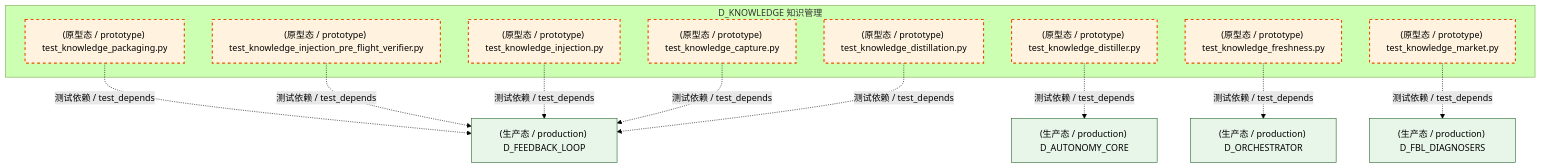
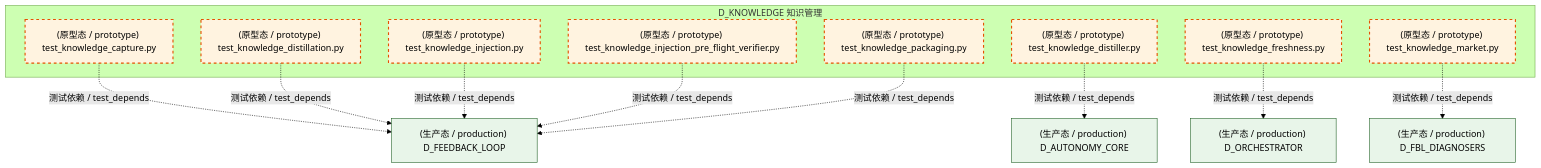
One commit to xuanFelixVan/ZephyrAlpha changed the second of 5 diagrams in docs/02_enterprise_architecture/02_domain_architecture_docs/48_d_knowledge.md. Above: the diagram before and after it, drawn with Mermaid (forest theme). The commit also changed other lines of this file and 126 other files, not shown here.

````diff
--- a/docs/02_enterprise_architecture/02_domain_architecture_docs/48_d_knowledge.md
+++ b/docs/02_enterprise_architecture/02_domain_architecture_docs/48_d_knowledge.md
@@ -176,31 +176,31 @@
 ```mermaid
 graph TD
     subgraph D_KNOWLEDGE["D_KNOWLEDGE 知识管理"]
         tests_knowledge_engine_test_knowledge_capture_py["(原型态 / prototype) test_knowledge_capture.py"]
         tests_knowledge_engine_test_knowledge_distillation_py["(原型态 / prototype) test_knowledge_distillation.py"]
         tests_knowledge_engine_test_knowledge_distiller_py["(原型态 / prototype) test_knowledge_distiller.py"]
         tests_knowledge_engine_test_knowledge_freshness_py["(原型态 / prototype) test_knowledge_freshness.py"]
         tests_knowledge_engine_test_knowledge_injection_py["(原型态 / prototype) test_knowledge_injection.py"]
         tests_knowledge_engine_test_knowledge_injection_pre_flight_verifier_py["(原型态 / prototype) test_knowledge_injection_pre_flight_verifier.py"]
         tests_knowledge_engine_test_knowledge_market_py["(原型态 / prototype) test_knowledge_market.py"]
         tests_knowledge_engine_test_knowledge_packaging_py["(原型态 / prototype) test_knowledge_packaging.py"]
     end
     D_FEEDBACK_LOOP["(生产态 / production) D_FEEDBACK_LOOP"]
+    tests_knowledge_engine_test_knowledge_capture_py -.->|测试依赖 / test_depends| D_FEEDBACK_LOOP
+    D_AUTONOMY_CORE["(生产态 / production) D_AUTONOMY_CORE"]
+    tests_knowledge_engine_test_knowledge_distiller_py -.->|测试依赖 / test_depends| D_AUTONOMY_CORE
+    tests_knowledge_engine_test_knowledge_distillation_py -.->|测试依赖 / test_depends| D_FEEDBACK_LOOP
+    D_ORCHESTRATOR["(生产态 / production) D_ORCHESTRATOR"]
+    tests_knowledge_engine_test_knowledge_freshness_py -.->|测试依赖 / test_depends| D_ORCHESTRATOR
+    tests_knowledge_engine_test_knowledge_injection_py -.->|测试依赖 / test_depends| D_FEEDBACK_LOOP
+    tests_knowledge_engine_test_knowledge_injection_pre_flight_verifier_py -.->|测试依赖 / test_depends| D_FEEDBACK_LOOP
     tests_knowledge_engine_test_knowledge_packaging_py -.->|测试依赖 / test_depends| D_FEEDBACK_LOOP
-    tests_knowledge_engine_test_knowledge_injection_pre_flight_verifier_py -.->|测试依赖 / test_depends| D_FEEDBACK_LOOP
     D_FBL_DIAGNOSERS["(生产态 / production) D_FBL_DIAGNOSERS"]
     tests_knowledge_engine_test_knowledge_market_py -.->|测试依赖 / test_depends| D_FBL_DIAGNOSERS
-    tests_knowledge_engine_test_knowledge_injection_py -.->|测试依赖 / test_depends| D_FEEDBACK_LOOP
-    D_ORCHESTRATOR["(生产态 / production) D_ORCHESTRATOR"]
-    tests_knowledge_engine_test_knowledge_freshness_py -.->|测试依赖 / test_depends| D_ORCHESTRATOR
-    tests_knowledge_engine_test_knowledge_capture_py -.->|测试依赖 / test_depends| D_FEEDBACK_LOOP
-    tests_knowledge_engine_test_knowledge_distillation_py -.->|测试依赖 / test_depends| D_FEEDBACK_LOOP
-    D_AUTONOMY_CORE["(生产态 / production) D_AUTONOMY_CORE"]
-    tests_knowledge_engine_test_knowledge_distiller_py -.->|测试依赖 / test_depends| D_AUTONOMY_CORE
     classDef production fill:#e1f5fe,stroke:#01579b,stroke-width:2px,color:#000
     classDef design fill:#fff3e0,stroke:#e65100,stroke-width:2px,color:#000,stroke-dasharray: 5 5
     classDef external_prod fill:#e8f5e9,stroke:#1b5e20,stroke-width:1px,color:#000
     classDef external_design fill:#fce4ec,stroke:#880e4f,stroke-width:1px,color:#000,stroke-dasharray: 5 5
     class tests_knowledge_engine_test_knowledge_capture_py,tests_knowledge_engine_test_knowledge_distillation_py,tests_knowledge_engine_test_knowledge_distiller_py,tests_knowledge_engine_test_knowledge_freshness_py,tests_knowledge_engine_test_knowledge_injection_py,tests_knowledge_engine_test_knowledge_injection_pre_flight_verifier_py,tests_knowledge_engine_test_knowledge_market_py,tests_knowledge_engine_test_knowledge_packaging_py design
-    class D_FEEDBACK_LOOP,D_FBL_DIAGNOSERS,D_ORCHESTRATOR,D_AUTONOMY_CORE external_prod
+    class D_FEEDBACK_LOOP,D_AUTONOMY_CORE,D_ORCHESTRATOR,D_FBL_DIAGNOSERS external_prod
 ```
````
